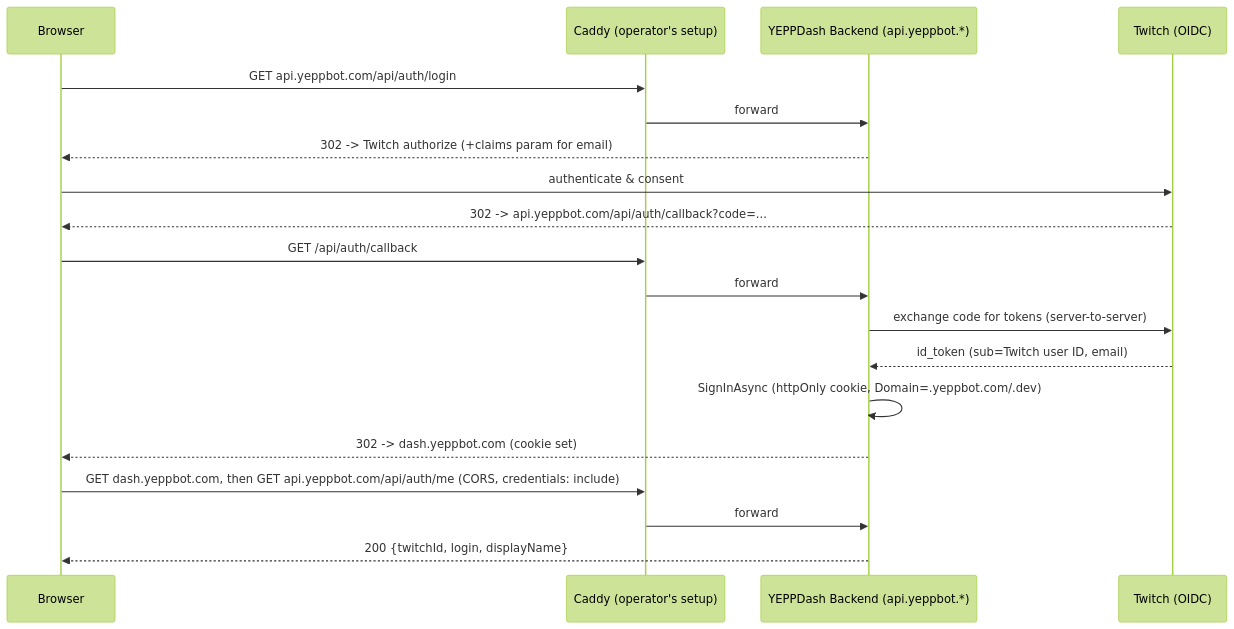
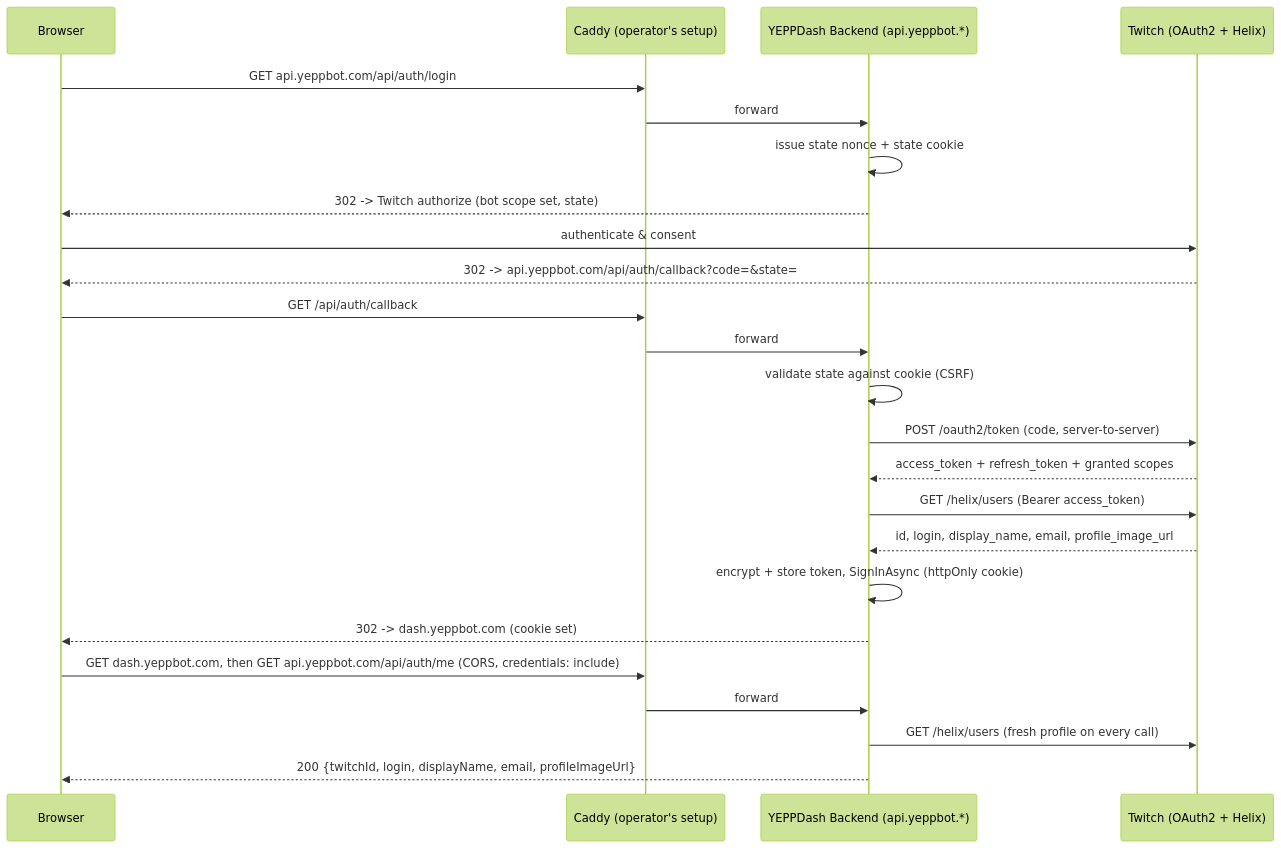
One commit to MCmoderSD/YEPPDash changed the second of 3 diagrams in PLAN.md. Above: the diagram before and after it, drawn with Mermaid (forest theme). The commit also changed other lines of this file and 35 other files, not shown here.

````diff
--- a/PLAN.md
+++ b/PLAN.md
@@ -36,22 +36,27 @@
 ```mermaid
 sequenceDiagram
     participant U as Browser
     participant P as Caddy (operator's setup)
     participant BE as YEPPDash Backend (api.yeppbot.*)
-    participant T as Twitch (OIDC)
+    participant T as Twitch (OAuth2 + Helix)
 
     U->>P: GET api.yeppbot.com/api/auth/login
     P->>BE: forward
-    BE-->>U: 302 -> Twitch authorize (+claims param for email)
+    BE->>BE: issue state nonce + state cookie
+    BE-->>U: 302 -> Twitch authorize (bot scope set, state)
     U->>T: authenticate & consent
-    T-->>U: 302 -> api.yeppbot.com/api/auth/callback?code=...
+    T-->>U: 302 -> api.yeppbot.com/api/auth/callback?code=&state=
     U->>P: GET /api/auth/callback
     P->>BE: forward
-    BE->>T: exchange code for tokens (server-to-server)
-    T-->>BE: id_token (sub=Twitch user ID, email)
-    BE->>BE: SignInAsync (httpOnly cookie, Domain=.yeppbot.com/.dev)
+    BE->>BE: validate state against cookie (CSRF)
+    BE->>T: POST /oauth2/token (code, server-to-server)
+    T-->>BE: access_token + refresh_token + granted scopes
+    BE->>T: GET /helix/users (Bearer access_token)
+    T-->>BE: id, login, display_name, email, profile_image_url
+    BE->>BE: encrypt + store token, SignInAsync (httpOnly cookie)
     BE-->>U: 302 -> dash.yeppbot.com (cookie set)
     U->>P: GET dash.yeppbot.com, then GET api.yeppbot.com/api/auth/me (CORS, credentials: include)
     P->>BE: forward
-    BE-->>U: 200 {twitchId, login, displayName}
+    BE->>T: GET /helix/users (fresh profile on every call)
+    BE-->>U: 200 {twitchId, login, displayName, email, profileImageUrl}
 ```
````
